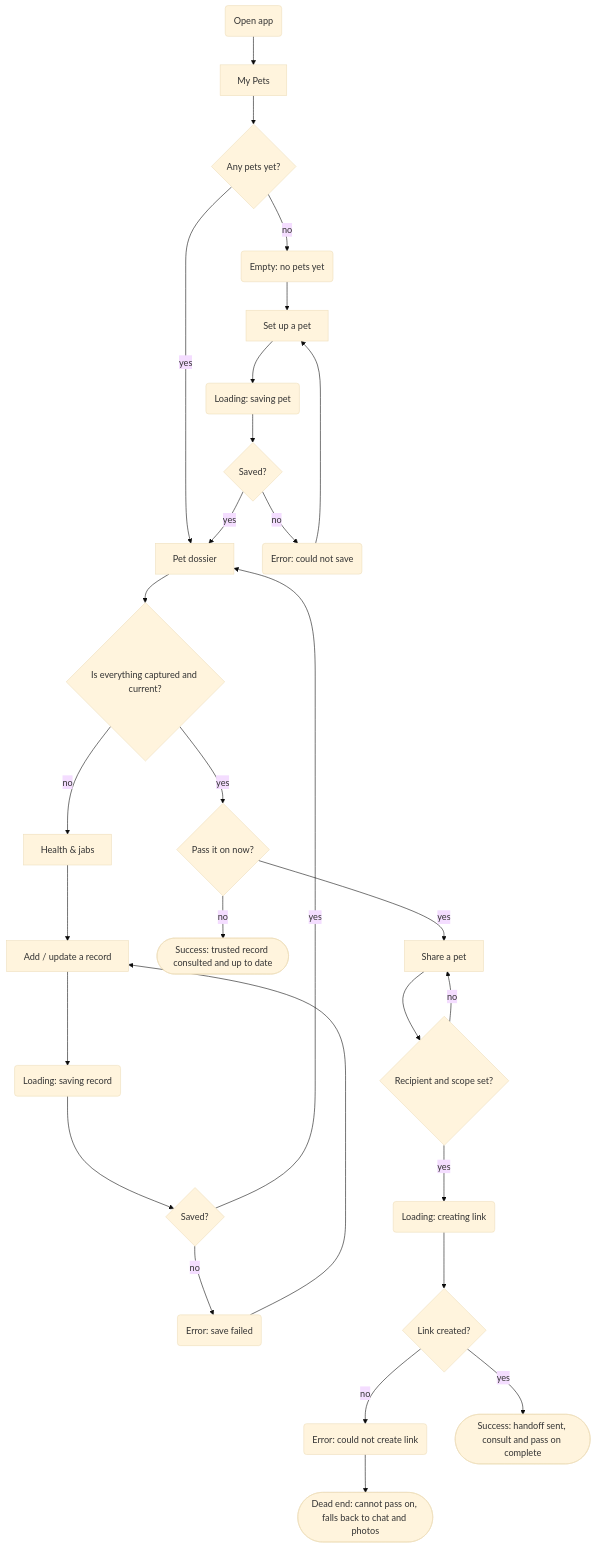
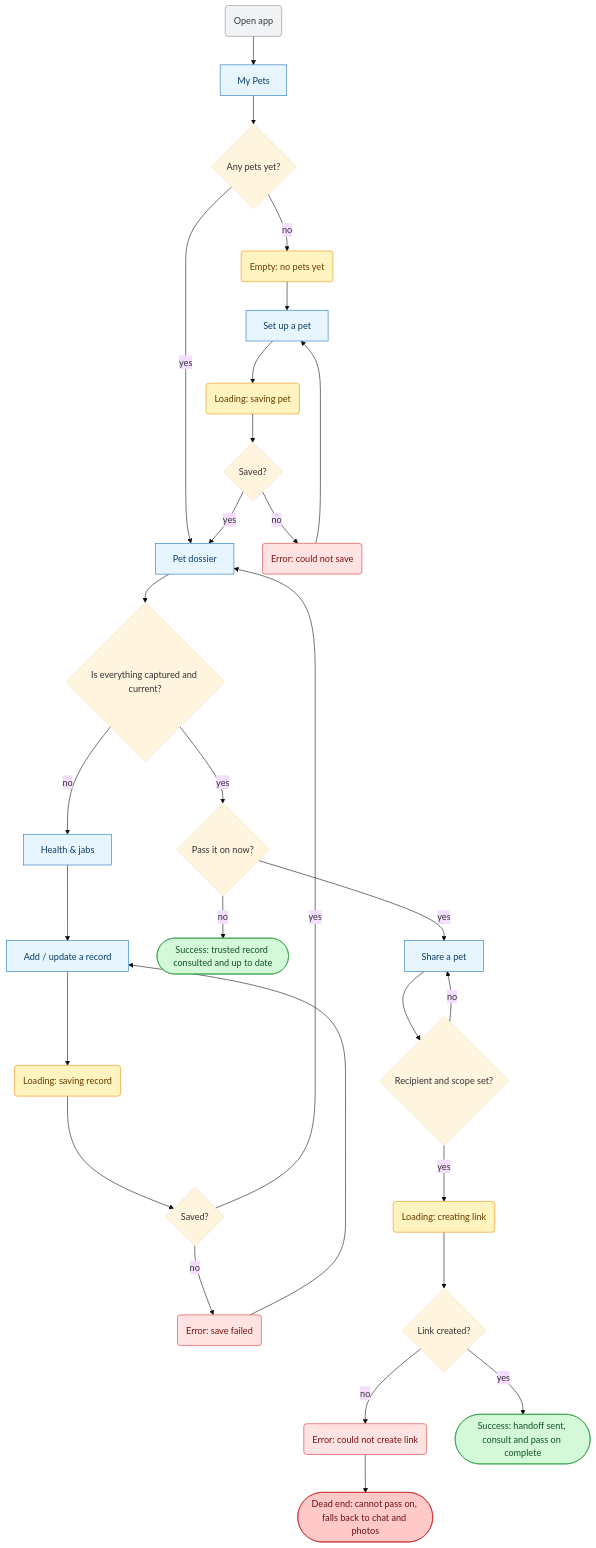
The first of 4 diagrams in research/flows.md (anaferens/pet-pal), drawn with Mermaid (base theme) before and after one commit. The commit also changed other lines of this file, not shown here.

First line of the commit message:
Colour-code user-flow diagrams

````diff
--- a/research/flows.md
+++ b/research/flows.md
@@ -16,31 +23,44 @@
 ```mermaid
 flowchart TD
   Start("Open app") --> Pets["My Pets"]
   Pets --> Q1{"Any pets yet?"}
   Q1 -->|no| EmptyPets("Empty: no pets yet")
   EmptyPets --> Setup["Set up a pet"]
   Q1 -->|yes| Dossier["Pet dossier"]
   Setup --> SaveLoad("Loading: saving pet")
   SaveLoad --> Q2{"Saved?"}
   Q2 -->|no| SaveErr("Error: could not save")
   SaveErr --> Setup
   Q2 -->|yes| Dossier
   Dossier --> Q3{"Is everything captured and current?"}
   Q3 -->|no| Health["Health & jabs"]
   Health --> AddRec["Add / update a record"]
   AddRec --> RecLoad("Loading: saving record")
   RecLoad --> Q4{"Saved?"}
   Q4 -->|no| RecErr("Error: save failed")
   RecErr --> AddRec
   Q4 -->|yes| Dossier
   Q3 -->|yes| Q5{"Pass it on now?"}
   Q5 -->|no| DoneConsult(["Success: trusted record consulted and up to date"])
   Q5 -->|yes| Share["Share a pet"]
   Share --> Q6{"Recipient and scope set?"}
   Q6 -->|no| Share
   Q6 -->|yes| LinkLoad("Loading: creating link")
   LinkLoad --> Q7{"Link created?"}
   Q7 -->|no| LinkErr("Error: could not create link")
   LinkErr --> DeadShare(["Dead end: cannot pass on, falls back to chat and photos"])
   Q7 -->|yes| DoneShare(["Success: handoff sent, consult and pass on complete"])
+
+  classDef screen fill:#e7f5ff,stroke:#1971c2,color:#0b3d66;
+  classDef state fill:#fff3bf,stroke:#f08c00,color:#663c00;
+  classDef error fill:#ffe3e3,stroke:#e03131,color:#7a1212;
+  classDef success fill:#d3f9d8,stroke:#2f9e44,color:#14532d;
+  classDef deadend fill:#ffc9c9,stroke:#c92a2a,color:#6a1212;
+  classDef start fill:#f1f3f5,stroke:#868e96,color:#343a40;
+  class Start start;
+  class Pets,Setup,Dossier,Health,AddRec,Share screen;
+  class EmptyPets,SaveLoad,RecLoad,LinkLoad state;
+  class SaveErr,RecErr,LinkErr error;
+  class DoneConsult,DoneShare success;
+  class DeadShare deadend;
 ```
````
